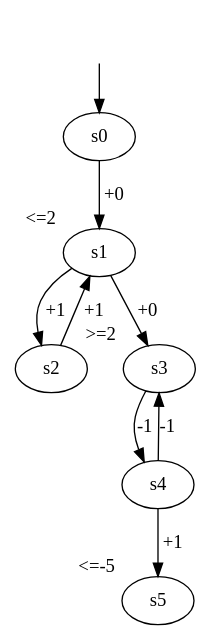
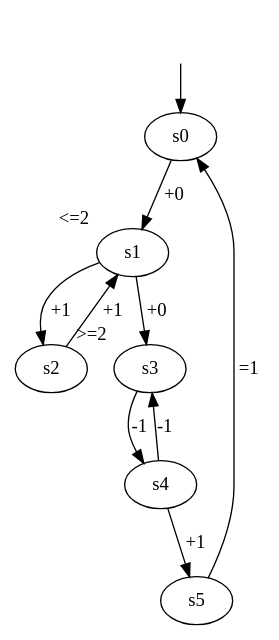
Before and after one commit to lvanroy/reachability-analaysis-for-continuous-one-counter-automata: the diagram in input/automaton.dot, drawn with Graphviz. The commit also changed 6 other files, not shown here.

```diff
--- a/input/automaton.dot
+++ b/input/automaton.dot
@@ -1,17 +1,18 @@
 digraph G {
     si[style=invis]
     s0
     s1[xlabel="<=2"]
     s2
     s3[xlabel=">=2"]
     s4
-    s5[xlabel="<=-5"]
+    s5
     si -> s0
     s0 -> s1[label = "+0"]
     s1 -> s2[label = "+1"]
     s2 -> s1[label = "+1"]
     s1 -> s3[label = "+0"]
     s3 -> s4[label = "-1"]
     s4 -> s3[label = "-1"]
     s4 -> s5[label = "+1"]
+    s5 -> s0[label = "=1"]
 }
```
